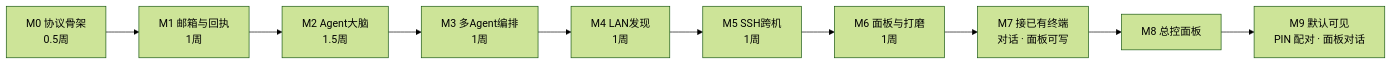
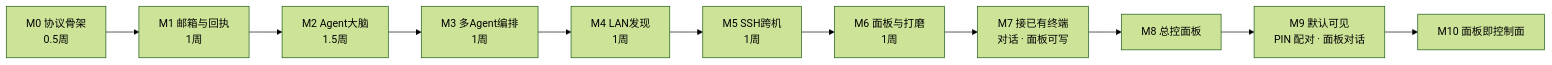
One commit to ykxian/anthill changed the diagram in docs/04-roadmap.md. Above: the diagram before and after it, drawn with Mermaid (forest theme). The commit also changed other lines of this file and 21 other files, not shown here.

````diff
--- a/docs/04-roadmap.md
+++ b/docs/04-roadmap.md
@@ -8,6 +8,6 @@
 ```mermaid
 flowchart LR
     M0[M0 协议骨架<br/>0.5周] --> M1[M1 邮箱与回执<br/>1周] --> M2[M2 Agent大脑<br/>1.5周]
     M2 --> M3[M3 多Agent编排<br/>1周] --> M4[M4 LAN发现<br/>1周] --> M5[M5 SSH跨机<br/>1周] --> M6[M6 面板与打磨<br/>1周]
-    M6 --> M7[M7 接已有终端<br/>对话 · 面板可写] --> M8[M8 总控面板] --> M9[M9 默认可见<br/>PIN 配对 · 面板对话]
+    M6 --> M7[M7 接已有终端<br/>对话 · 面板可写] --> M8[M8 总控面板] --> M9[M9 默认可见<br/>PIN 配对 · 面板对话] --> M10[M10 面板即控制面]
 ```
````
